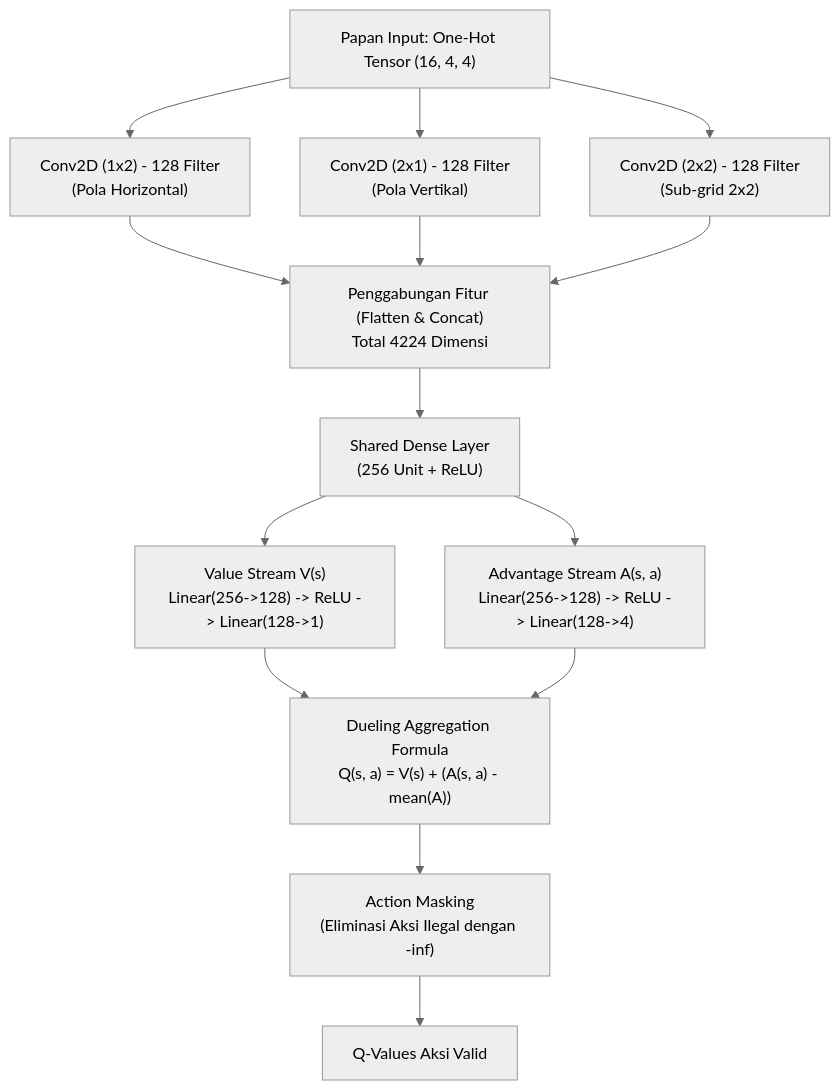
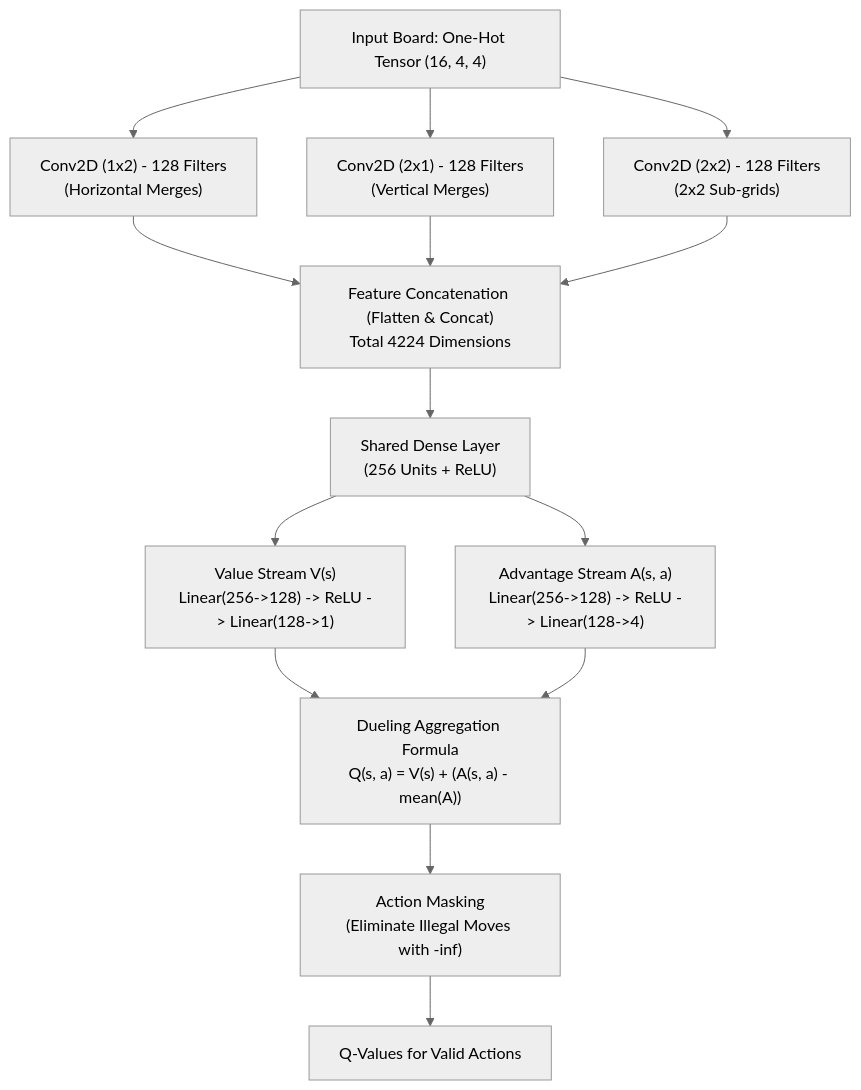
Before and after one commit to ragefrein/2048ai: the diagram in README.md, drawn with Mermaid (neutral theme). The commit also changed other lines of this file, not shown here.

````diff
--- a/README.md
+++ b/README.md
@@ -71,21 +74,21 @@
 ```mermaid
 flowchart TD
-    In["Papan Input: One-Hot Tensor (16, 4, 4)"] --> ConvH["Conv2D (1x2) - 128 Filter\n(Pola Horizontal)"]
-    In --> ConvV["Conv2D (2x1) - 128 Filter\n(Pola Vertikal)"]
-    In --> ConvS["Conv2D (2x2) - 128 Filter\n(Sub-grid 2x2)"]
+    In["Input Board: One-Hot Tensor (16, 4, 4)"] --> ConvH["Conv2D (1x2) - 128 Filters\n(Horizontal Merges)"]
+    In --> ConvV["Conv2D (2x1) - 128 Filters\n(Vertical Merges)"]
+    In --> ConvS["Conv2D (2x2) - 128 Filters\n(2x2 Sub-grids)"]
 
-    ConvH --> Cat["Penggabungan Fitur (Flatten & Concat)\nTotal 4224 Dimensi"]
+    ConvH --> Cat["Feature Concatenation (Flatten & Concat)\nTotal 4224 Dimensions"]
     ConvV --> Cat
     ConvS --> Cat
 
-    Cat --> DenseFC["Shared Dense Layer\n(256 Unit + ReLU)"]
+    Cat --> DenseFC["Shared Dense Layer\n(256 Units + ReLU)"]
 
     DenseFC --> VStream["Value Stream V(s)\nLinear(256->128) -> ReLU -> Linear(128->1)"]
     DenseFC --> AStream["Advantage Stream A(s, a)\nLinear(256->128) -> ReLU -> Linear(128->4)"]
 
     VStream --> Agg["Dueling Aggregation Formula\nQ(s, a) = V(s) + (A(s, a) - mean(A))"]
     AStream --> Agg
 
-    Agg --> Mask["Action Masking\n(Eliminasi Aksi Ilegal dengan -inf)"]
-    Mask --> Out["Q-Values Aksi Valid"]
+    Agg --> Mask["Action Masking\n(Eliminate Illegal Moves with -inf)"]
+    Mask --> Out["Q-Values for Valid Actions"]
 ```
````
